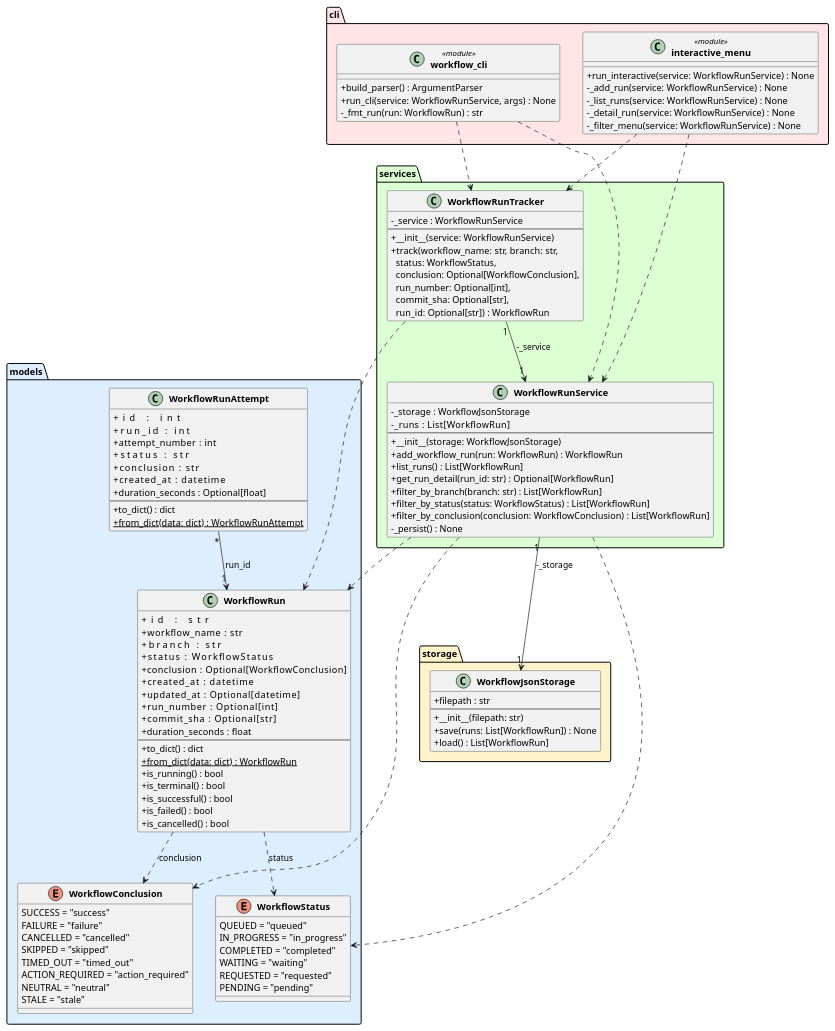
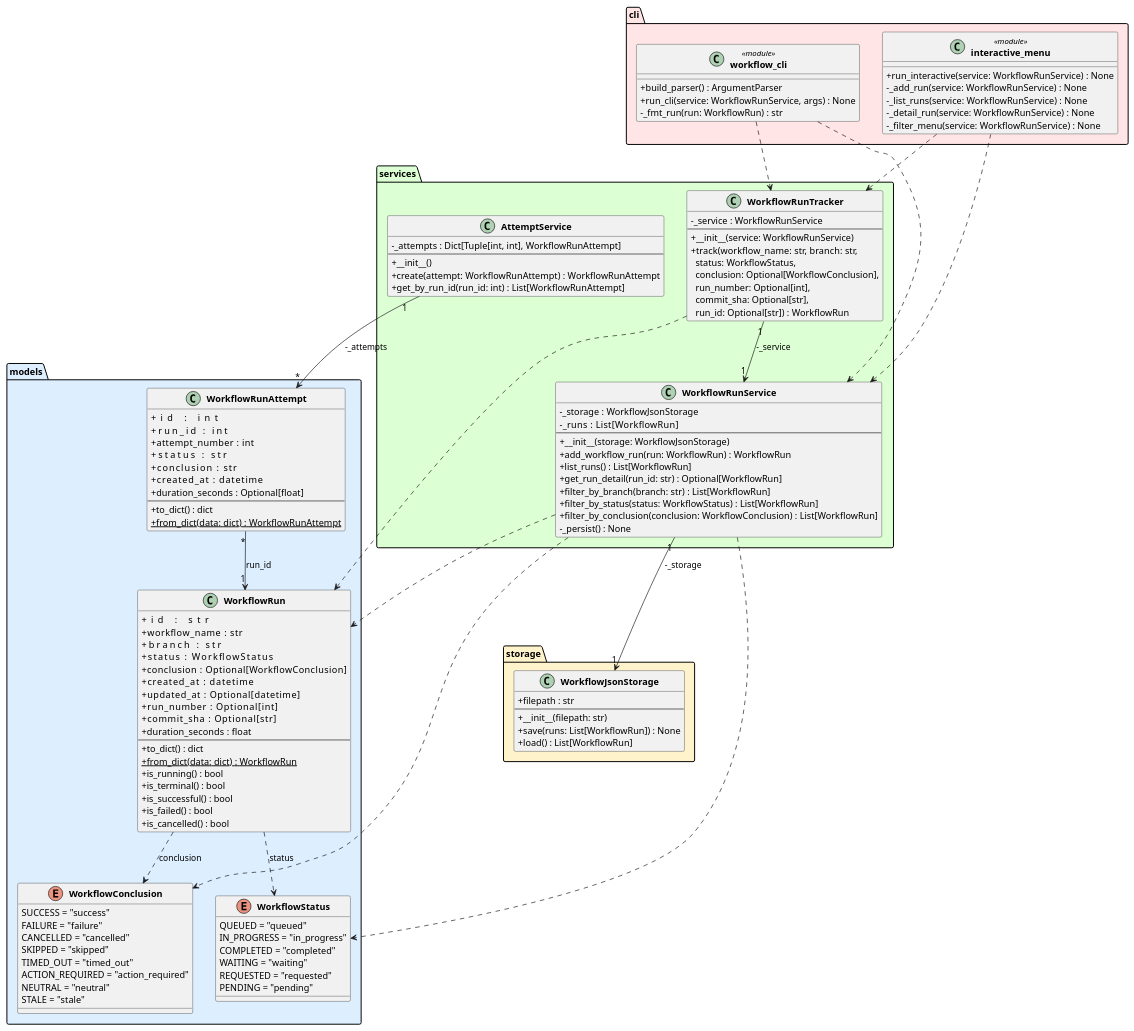
One commit to DanielRiha8906/Software_autoevolution_using_agents changed the diagram in experiments/supervisor_as_tools/test_driven/github-workflow-manager/artifacts/class_diagram.puml. Above: the diagram before and after it, drawn with PlantUML. The commit also changed 3 other files, not shown here.

```diff
--- a/experiments/supervisor_as_tools/test_driven/github-workflow-manager/artifacts/class_diagram.puml
+++ b/experiments/supervisor_as_tools/test_driven/github-workflow-manager/artifacts/class_diagram.puml
@@ -1,125 +1,134 @@
 @startuml class_diagram
 
 skinparam classAttributeIconSize 0
 skinparam classFontStyle bold
 
 package "models" #DDEEFF {
     enum WorkflowStatus {
         QUEUED = "queued"
         IN_PROGRESS = "in_progress"
         COMPLETED = "completed"
         WAITING = "waiting"
         REQUESTED = "requested"
         PENDING = "pending"
     }
 
     enum WorkflowConclusion {
         SUCCESS = "success"
         FAILURE = "failure"
         CANCELLED = "cancelled"
         SKIPPED = "skipped"
         TIMED_OUT = "timed_out"
         ACTION_REQUIRED = "action_required"
         NEUTRAL = "neutral"
         STALE = "stale"
     }
 
     class WorkflowRun {
         +id                : str
         +workflow_name     : str
         +branch            : str
         +status            : WorkflowStatus
         +conclusion        : Optional[WorkflowConclusion]
         +created_at        : datetime
         +updated_at        : Optional[datetime]
         +run_number        : Optional[int]
         +commit_sha        : Optional[str]
         +duration_seconds  : float
         --
         +to_dict() : dict
         +{static} from_dict(data: dict) : WorkflowRun
         +is_running() : bool
         +is_terminal() : bool
         +is_successful() : bool
         +is_failed() : bool
         +is_cancelled() : bool
     }
 
     class WorkflowRunAttempt {
         +id                : int
         +run_id            : int
         +attempt_number    : int
         +status            : str
         +conclusion        : str
         +created_at        : datetime
         +duration_seconds  : Optional[float]
         --
         +to_dict() : dict
         +{static} from_dict(data: dict) : WorkflowRunAttempt
     }
 }
 
 package "storage" #FFF3CC {
     class WorkflowJsonStorage {
         +filepath : str
         --
         +__init__(filepath: str)
         +save(runs: List[WorkflowRun]) : None
         +load() : List[WorkflowRun]
     }
 }
 
 package "services" #DDFFD4 {
     class WorkflowRunService {
         -_storage : WorkflowJsonStorage
         -_runs    : List[WorkflowRun]
         --
         +__init__(storage: WorkflowJsonStorage)
         +add_workflow_run(run: WorkflowRun) : WorkflowRun
         +list_runs() : List[WorkflowRun]
         +get_run_detail(run_id: str) : Optional[WorkflowRun]
         +filter_by_branch(branch: str) : List[WorkflowRun]
         +filter_by_status(status: WorkflowStatus) : List[WorkflowRun]
         +filter_by_conclusion(conclusion: WorkflowConclusion) : List[WorkflowRun]
         -_persist() : None
     }
 
     class WorkflowRunTracker {
         -_service : WorkflowRunService
         --
         +__init__(service: WorkflowRunService)
         +track(workflow_name: str, branch: str,\n  status: WorkflowStatus,\n  conclusion: Optional[WorkflowConclusion],\n  run_number: Optional[int],\n  commit_sha: Optional[str],\n  run_id: Optional[str]) : WorkflowRun
     }
+
+    class AttemptService {
+        -_attempts : Dict[Tuple[int, int], WorkflowRunAttempt]
+        --
+        +__init__()
+        +create(attempt: WorkflowRunAttempt) : WorkflowRunAttempt
+        +get_by_run_id(run_id: int) : List[WorkflowRunAttempt]
+    }
 }
 
 package "cli" #FFE5E5 {
     class "workflow_cli" <<module>> {
         +build_parser() : ArgumentParser
         +run_cli(service: WorkflowRunService, args) : None
         -_fmt_run(run: WorkflowRun) : str
     }
 
     class "interactive_menu" <<module>> {
         +run_interactive(service: WorkflowRunService) : None
         -_add_run(service: WorkflowRunService) : None
         -_list_runs(service: WorkflowRunService) : None
         -_detail_run(service: WorkflowRunService) : None
         -_filter_menu(service: WorkflowRunService) : None
     }
 }
 
 WorkflowRun                ..>  WorkflowStatus        : status
 WorkflowRun                ..>  WorkflowConclusion    : conclusion
 WorkflowRunAttempt    "*" --> "1" WorkflowRun        : run_id
 WorkflowRunService    "1" --> "1" WorkflowJsonStorage : -_storage
 WorkflowRunService         ..>  WorkflowRun
 WorkflowRunService         ..>  WorkflowStatus
 WorkflowRunService         ..>  WorkflowConclusion
 WorkflowRunTracker    "1" --> "1" WorkflowRunService  : -_service
 WorkflowRunTracker         ..>  WorkflowRun
+AttemptService       "1" --> "*" WorkflowRunAttempt   : -_attempts
 "workflow_cli"             ..>  WorkflowRunService
 "workflow_cli"             ..>  WorkflowRunTracker
 "interactive_menu"         ..>  WorkflowRunService
 "interactive_menu"         ..>  WorkflowRunTracker
 
 @enduml
```
